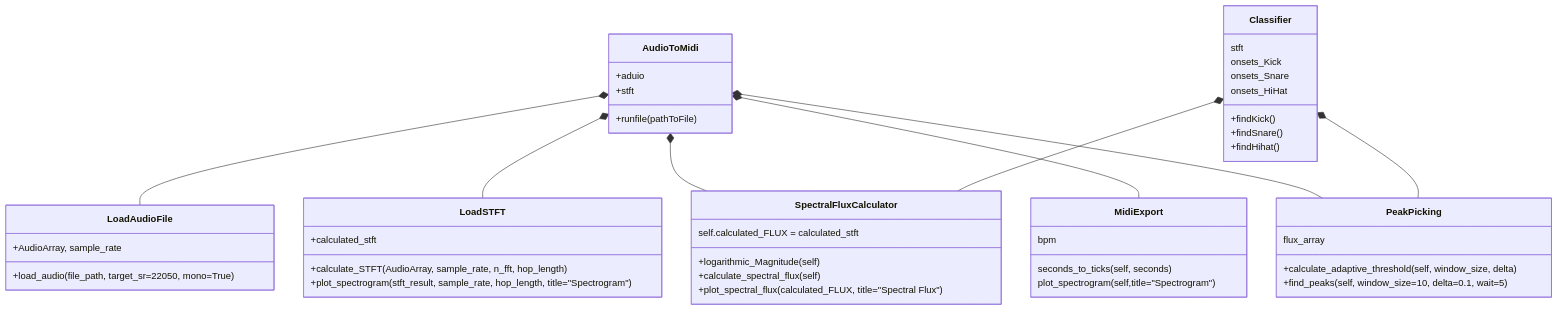
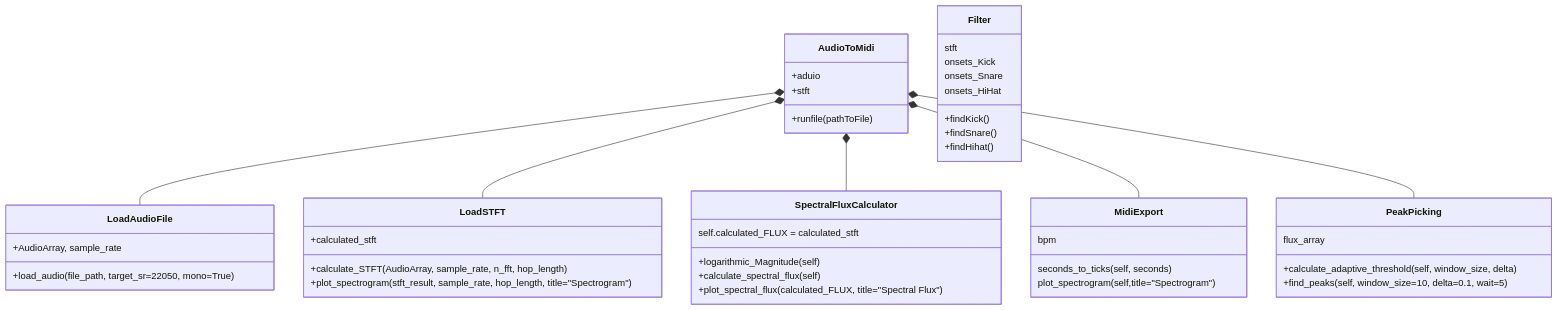
One commit to petwie/Audio-to-MIDI changed the diagram in ClassDiagramm/Classes.mmd. Above: the diagram before and after it, drawn with Mermaid. The commit also changed 6 other files, not shown here.

```diff
--- a/ClassDiagramm/Classes.mmd
+++ b/ClassDiagramm/Classes.mmd
@@ -1,65 +1,63 @@
 classDiagram
 
 direction TB
     class LoadAudioFile{
 
         +AudioArray, sample_rate
         +load_audio(file_path, target_sr=22050, mono=True)
         
     }
 
     class SpectralFluxCalculator{
 
         self.calculated_FLUX = calculated_stft
         
         +logarithmic_Magnitude(self)
         +calculate_spectral_flux(self)
         +plot_spectral_flux(calculated_FLUX, title="Spectral Flux")
 
     }
 
     class PeakPicking{
         flux_array
 
         +calculate_adaptive_threshold(self, window_size, delta)
         +find_peaks(self, window_size=10, delta=0.1, wait=5)
 
     }
 
     class AudioToMidi{
         +aduio
         +stft
         +runfile(pathToFile)
     }
 
     class MidiExport{
         bpm
         seconds_to_ticks(self, seconds)
         plot_spectrogram(self,title="Spectrogram")
 
     }
 
-    class Classifier{
+    class Filter{
         stft
         onsets_Kick
         onsets_Snare
         onsets_HiHat
 
         +findKick()
         +findSnare()
         +findHihat()
     }
 
     class  LoadSTFT{
         +calculated_stft
         +calculate_STFT(AudioArray, sample_rate, n_fft, hop_length)
         +plot_spectrogram(stft_result, sample_rate, hop_length, title="Spectrogram")
     }
 
     AudioToMidi *-- LoadAudioFile
     AudioToMidi *-- LoadSTFT
     AudioToMidi *-- SpectralFluxCalculator
     AudioToMidi *-- MidiExport
     AudioToMidi *-- PeakPicking
-    Classifier *-- SpectralFluxCalculator
-    Classifier *-- PeakPicking
```
